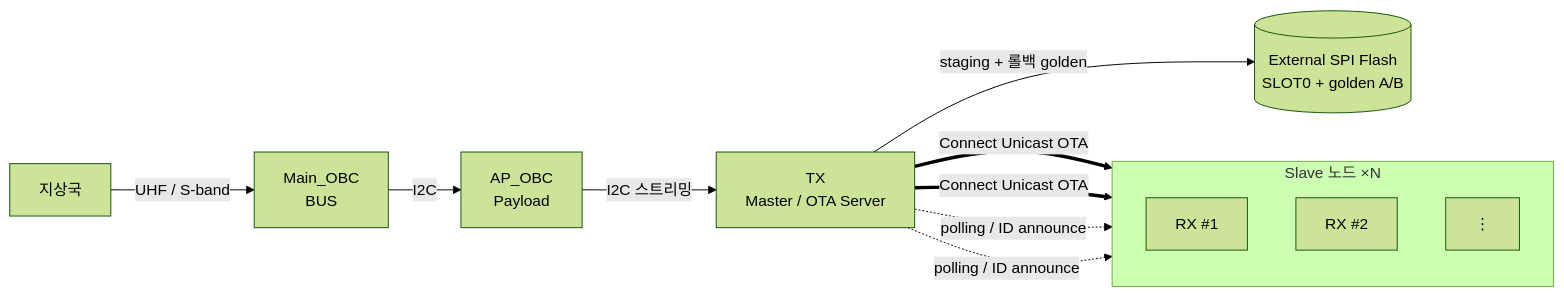
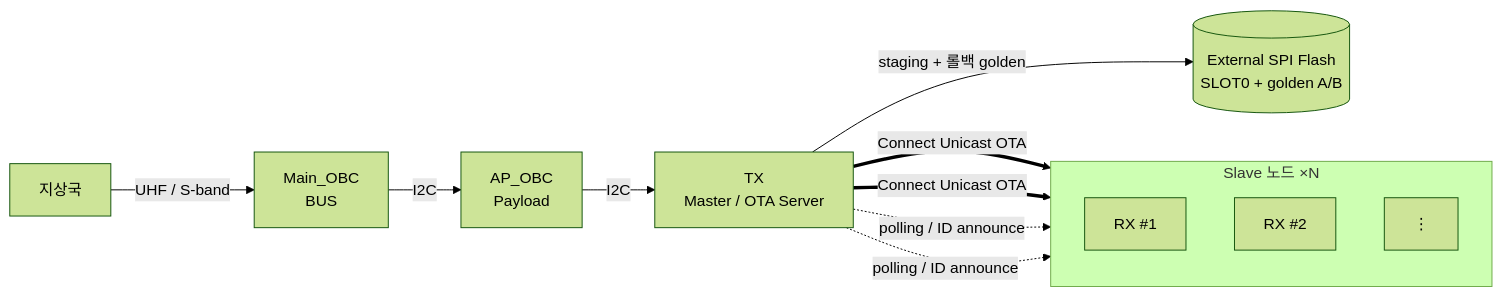
The first of 2 diagrams in README.md (leeminhyeok7117/ACL_IWSB), drawn with Mermaid (forest theme) before and after one commit.

````diff
--- a/README.md
+++ b/README.md
@@ -28,17 +28,17 @@
 ```mermaid
 flowchart LR
     GS[지상국] -->|UHF / S-band| MOBC["Main_OBC<br/>BUS"]
     MOBC -->|I2C| AOBC["AP_OBC<br/>Payload"]
-    AOBC -->|I2C 스트리밍| TX["TX<br/>Master / OTA Server"]
+    AOBC -->|I2C| TX["TX<br/>Master / OTA Server"]
     subgraph SLAVES["Slave 노드 ×N"]
         direction TB
         RX1["RX #1"]
         RX2["RX #2"]
         RXN["⋮"]
     end
     TX ==>|Connect Unicast OTA| RX1
     TX ==>|Connect Unicast OTA| RX2
     TX -.->|polling / ID announce| RX1
     TX -.->|polling / ID announce| RX2
     TX -->|staging + 롤백 golden| FLASH[("External SPI Flash<br/>SLOT0 + golden A/B")]
 ```
````
